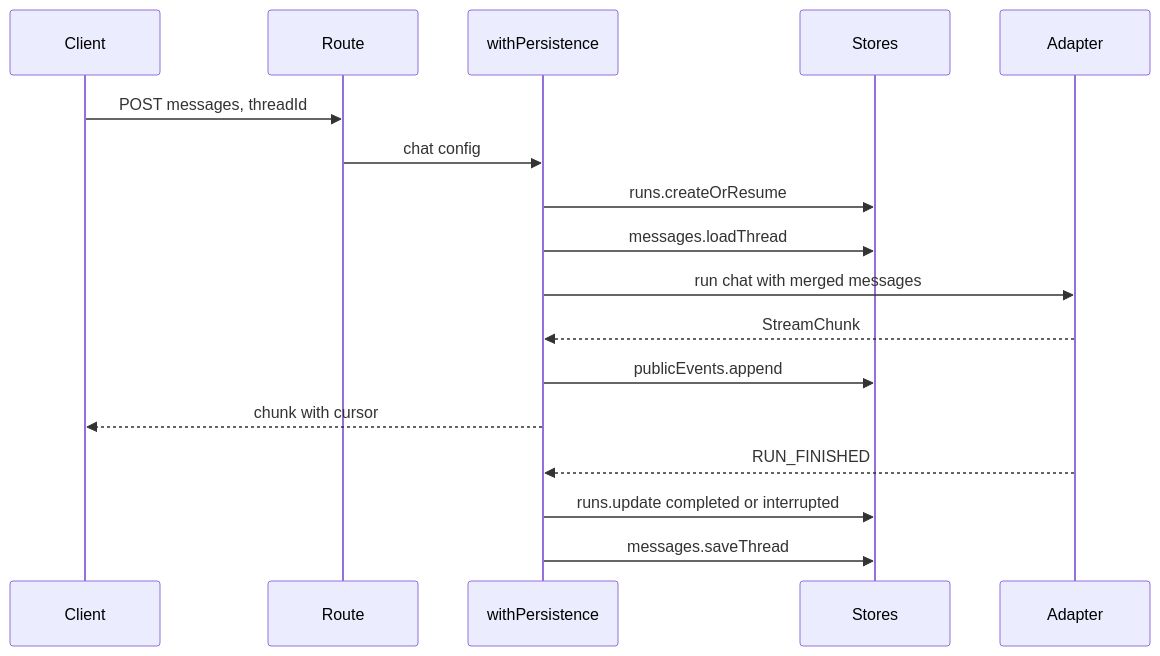
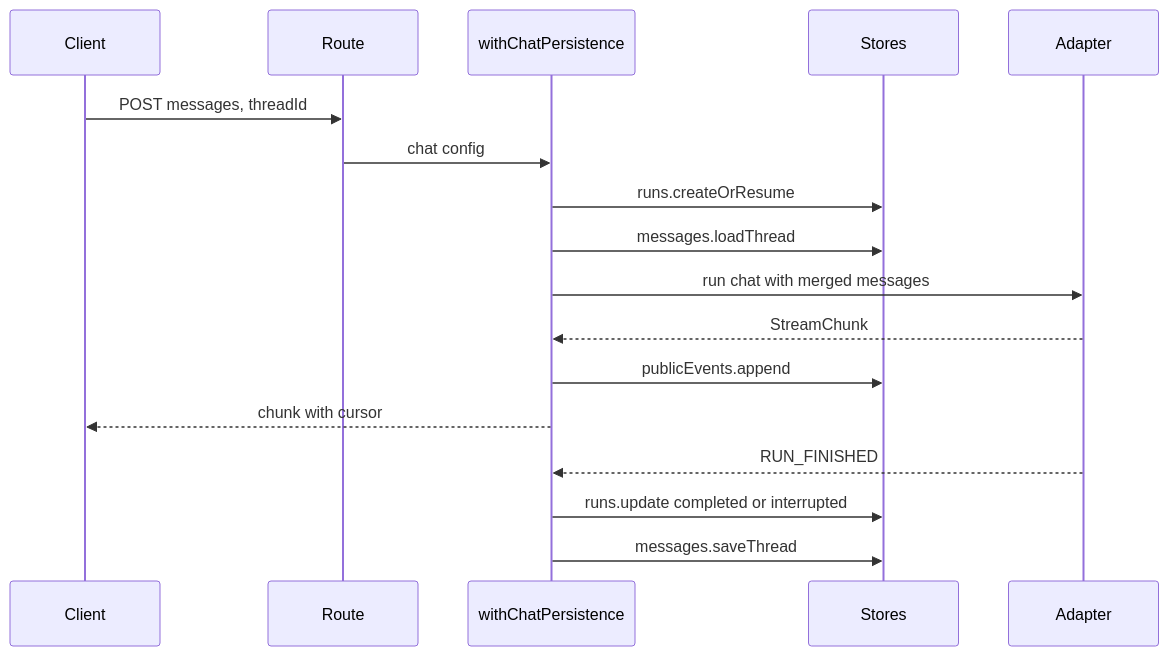
One commit to TanStack/ai changed the third of 8 diagrams in docs/persistence/internals.md. Above: the diagram before and after it, drawn with Mermaid. The commit also changed other lines of this file and 35 other files, not shown here.

First line of the commit message:
feat(persistence): split chat and generation middleware

````diff
--- a/docs/persistence/internals.md
+++ b/docs/persistence/internals.md
@@ -106,20 +134,20 @@
 ```mermaid
 sequenceDiagram
   participant C as Client
   participant R as Route
-  participant P as withPersistence
+  participant P as withChatPersistence
   participant S as Stores
   participant A as Adapter
 
   C->>R: POST messages, threadId
   R->>P: chat config
   P->>S: runs.createOrResume
   P->>S: messages.loadThread
   P->>A: run chat with merged messages
   A-->>P: StreamChunk
   P->>S: publicEvents.append
   P-->>C: chunk with cursor
   A-->>P: RUN_FINISHED
   P->>S: runs.update completed or interrupted
   P->>S: messages.saveThread
 ```
````
